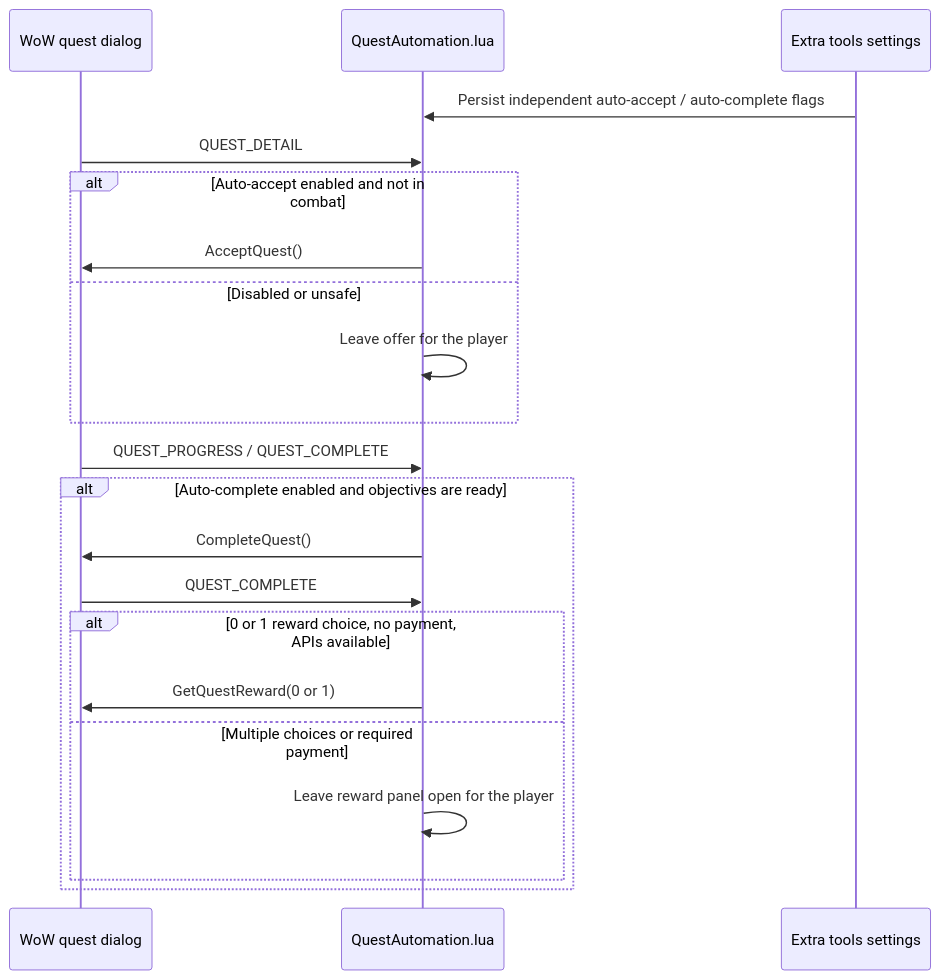
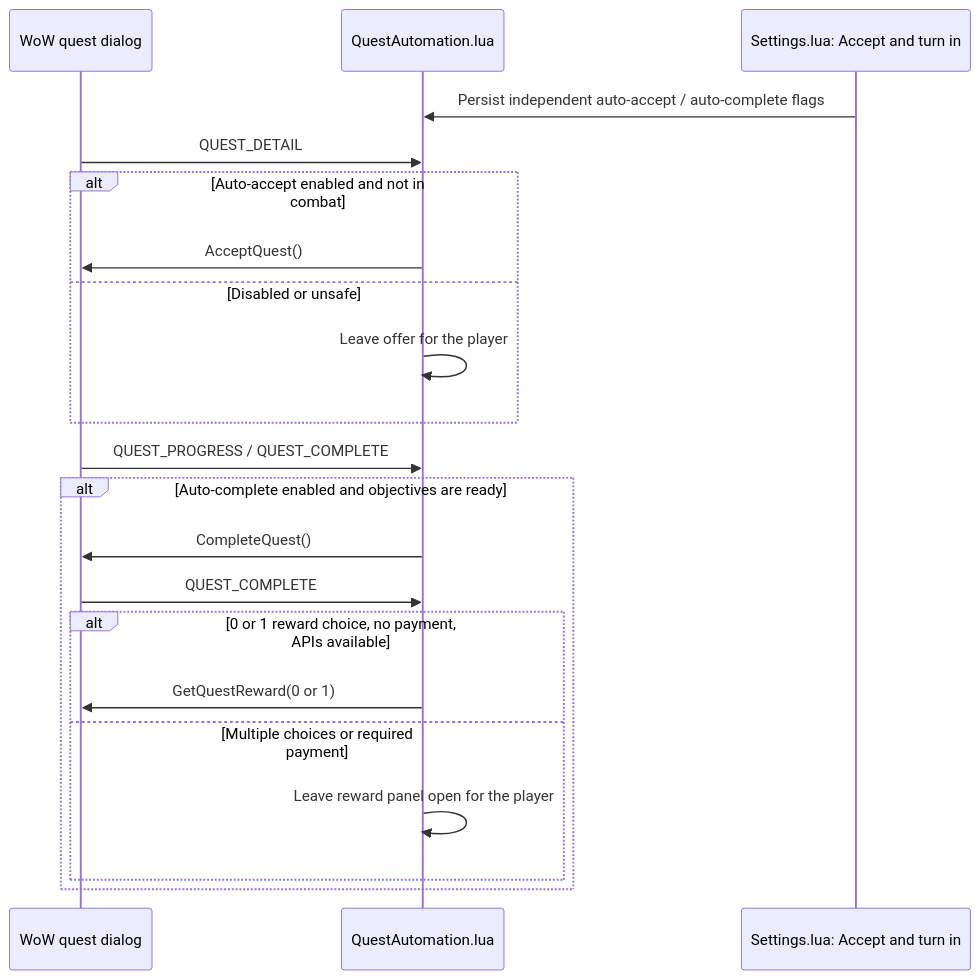
Before and after one commit to YodaGitMaster/QuestSharing: the sixth of 15 diagrams in context/architecture.md, drawn with Mermaid. The commit also changed other lines of this file and 29 other files, not shown here.

````diff
--- a/context/architecture.md
+++ b/context/architecture.md
@@ -204,23 +238,23 @@
 ```mermaid
 sequenceDiagram
     participant Game as WoW quest dialog
     participant Automation as QuestAutomation.lua
-    participant Settings as Extra tools settings
+    participant Settings as Settings.lua: Accept and turn in
     Settings->>Automation: Persist independent auto-accept / auto-complete flags
     Game->>Automation: QUEST_DETAIL
     alt Auto-accept enabled and not in combat
         Automation->>Game: AcceptQuest()
     else Disabled or unsafe
         Automation->>Automation: Leave offer for the player
     end
     Game->>Automation: QUEST_PROGRESS / QUEST_COMPLETE
     alt Auto-complete enabled and objectives are ready
         Automation->>Game: CompleteQuest()
         Game->>Automation: QUEST_COMPLETE
         alt 0 or 1 reward choice, no payment, APIs available
             Automation->>Game: GetQuestReward(0 or 1)
         else Multiple choices or required payment
             Automation->>Automation: Leave reward panel open for the player
         end
     end
 ```
````
